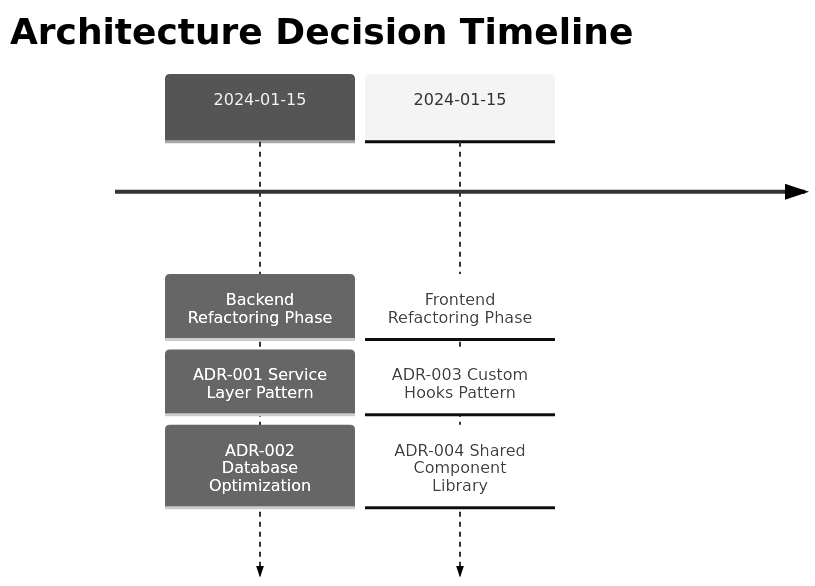
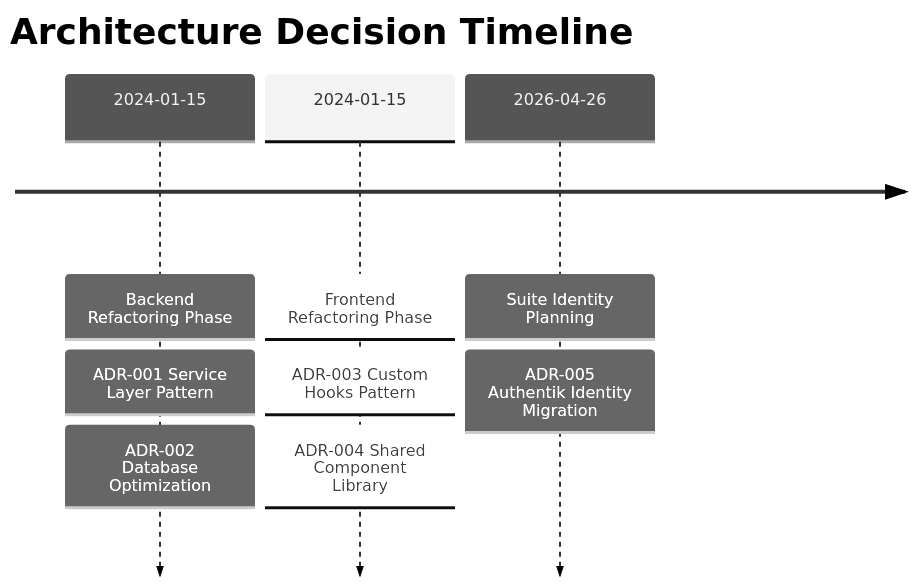
Before and after one commit to resonance-designs/docman: the diagram in docs/architecture/README.md, drawn with Mermaid (neutral theme). The commit also changed other lines of this file and 25 other files, not shown here.

First line of the commit message:
feat(deploy): Aligned production deploy script with RDocMan architecture

````diff
--- a/docs/architecture/README.md
+++ b/docs/architecture/README.md
@@ -63,12 +74,15 @@
 ```mermaid
 timeline
     title Architecture Decision Timeline
     
     2024-01-15 : Backend Refactoring Phase
                : ADR-001 Service Layer Pattern
                : ADR-002 Database Optimization
                
     2024-01-15 : Frontend Refactoring Phase
                : ADR-003 Custom Hooks Pattern
                : ADR-004 Shared Component Library
+
+    2026-04-26 : Suite Identity Planning
+               : ADR-005 Authentik Identity Migration
 ```
````
